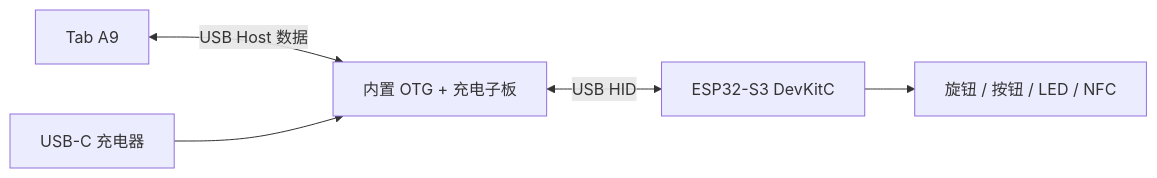
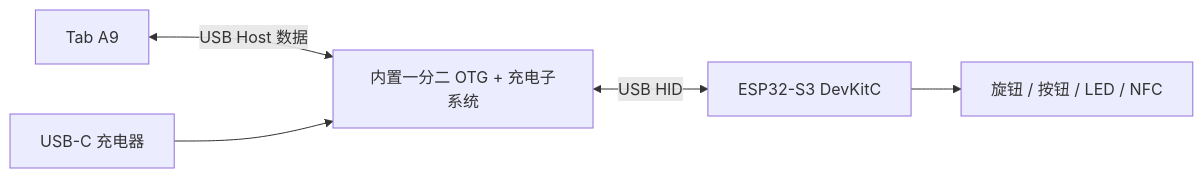
The second of 7 diagrams in pcb/README.md (RogerHao/cosmo-radio), drawn with Mermaid before and after one commit. The commit also changed other lines of this file, not shown here.

Commit message:
docs: pcb — record OTG split-cable integration path

````diff
--- a/pcb/README.md
+++ b/pcb/README.md
@@ -71,7 +72,7 @@
 ```mermaid
 flowchart LR
-    tablet[Tab A9] <-- USB Host 数据 --> sub[内置 OTG + 充电子板]
+    tablet[Tab A9] <-- USB Host 数据 --> sub[内置一分二 OTG + 充电子系统]
     charger[USB-C 充电器] --> sub
     sub <-- USB HID --> esp[ESP32-S3 DevKitC]
     esp --> io[旋钮 / 按钮 / LED / NFC]
 ```
````
